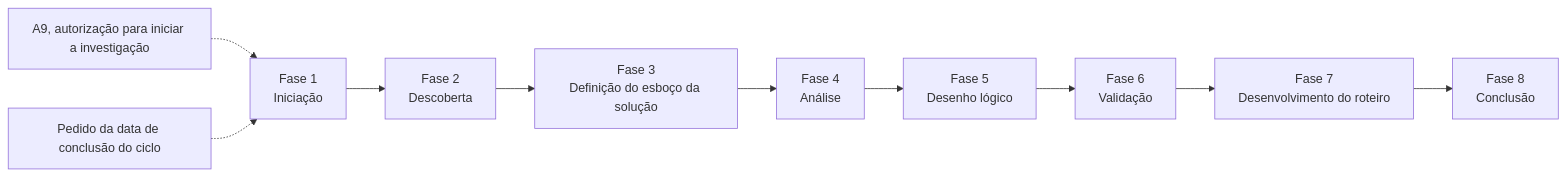
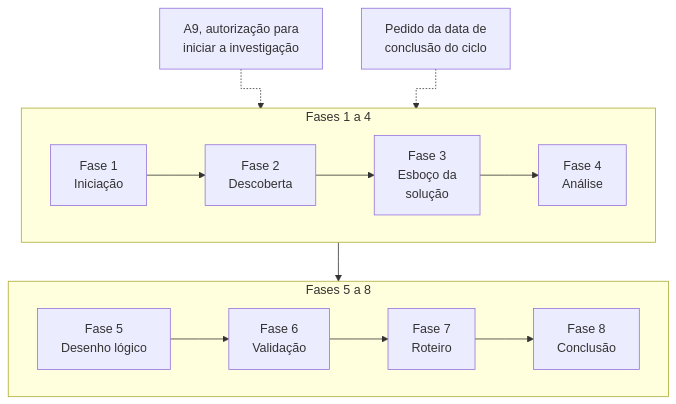
One commit to aulas-marco/projeto-arquitetura-software changed the diagram in docs/modulo-1-fundamentos/bloco-4-processo-de-definicao-da-arquitetura.md. Above: the diagram before and after it, drawn with Mermaid. The commit also changed 36 other files, not shown here.

First line of the commit message:
docs(aula-4): arquitetura de dados com DMBOK e diagramas legiveis

````diff
--- a/docs/modulo-1-fundamentos/bloco-4-processo-de-definicao-da-arquitetura.md
+++ b/docs/modulo-1-fundamentos/bloco-4-processo-de-definicao-da-arquitetura.md
@@ -84,7 +84,15 @@
 ```mermaid
-flowchart LR
-    F1["Fase 1<br/>Iniciação"] --> F2["Fase 2<br/>Descoberta"] --> F3["Fase 3<br/>Definição do esboço da solução"] --> F4["Fase 4<br/>Análise"]
-    F4 --> F5["Fase 5<br/>Desenho lógico"] --> F6["Fase 6<br/>Validação"] --> F7["Fase 7<br/>Desenvolvimento do roteiro"] --> F8["Fase 8<br/>Conclusão"]
-    A9["A9, autorização para iniciar a investigação"] -.-> F1
-    PED["Pedido da data de conclusão do ciclo"] -.-> F1
+%%{init: {"flowchart": {"curve": "stepAfter"}}}%%
+flowchart TB
+    A9["A9, autorização para<br/>iniciar a investigação"] -.-> L1
+    PED["Pedido da data de<br/>conclusão do ciclo"] -.-> L1
+    subgraph L1["Fases 1 a 4"]
+        direction LR
+        F1["Fase 1<br/>Iniciação"] --> F2["Fase 2<br/>Descoberta"] --> F3["Fase 3<br/>Esboço da<br/>solução"] --> F4["Fase 4<br/>Análise"]
+    end
+    subgraph L2["Fases 5 a 8"]
+        direction LR
+        F5["Fase 5<br/>Desenho lógico"] --> F6["Fase 6<br/>Validação"] --> F7["Fase 7<br/>Roteiro"] --> F8["Fase 8<br/>Conclusão"]
+    end
+    L1 --> L2
 ```
````
